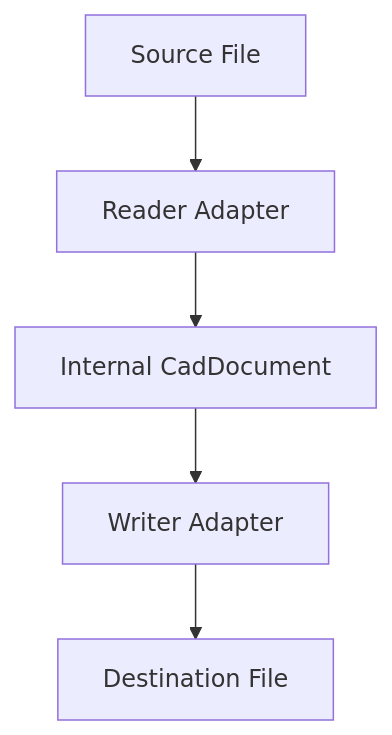
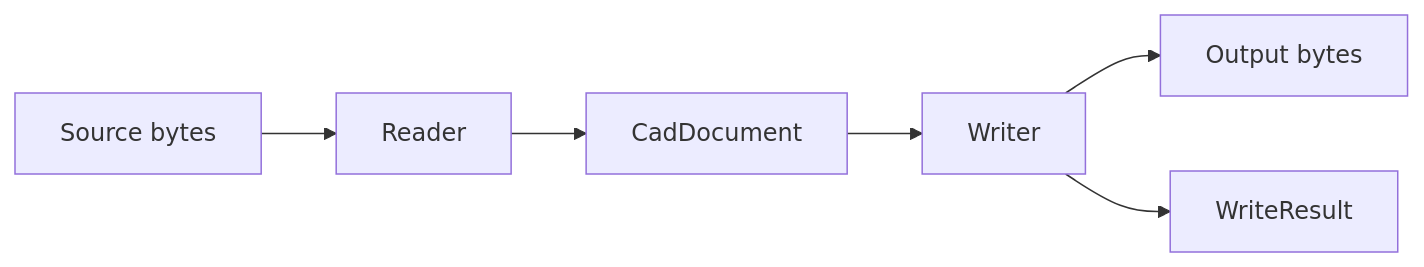
Before and after one commit to TryUniCAD/Kit: the diagram in Documentation/Reference/Overview/Introduction.md, drawn with Mermaid. The commit also changed other lines of this file and 53 other files, not shown here.

````diff
--- a/Documentation/Reference/Overview/Introduction.md
+++ b/Documentation/Reference/Overview/Introduction.md
@@ -27,7 +20,8 @@
 ```mermaid
-flowchart TD
-    Source[Source File] --> Reader[Reader Adapter]
-    Reader --> Model[Internal CadDocument]
-    Model --> Writer[Writer Adapter]
-    Writer --> Dest[Destination File]
+flowchart LR
+    Input[Source bytes] --> Reader[Reader]
+    Reader --> Document[CadDocument]
+    Document --> Writer[Writer]
+    Writer --> Output[Output bytes]
+    Writer --> Result[WriteResult]
 ```
````
